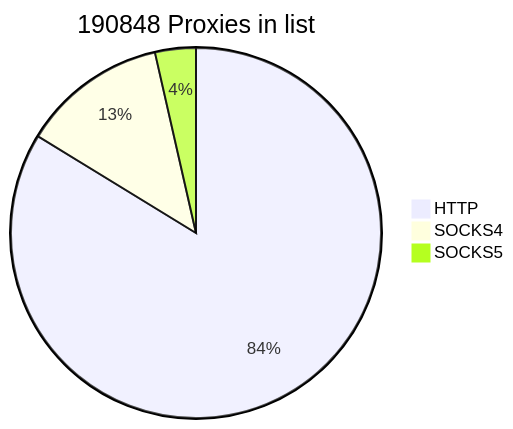
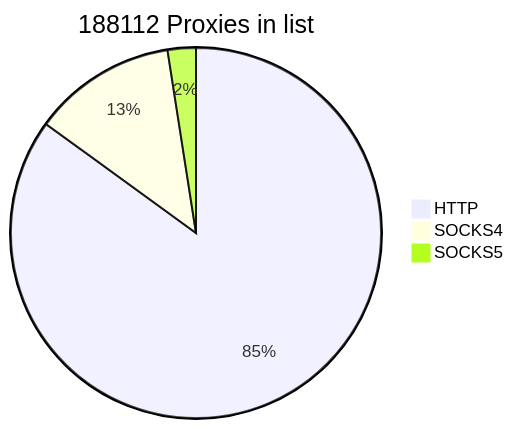
One commit to cutipu/proxylist changed the first of 2 diagrams in README.md. Above: the diagram before and after it, drawn with Mermaid. The commit also changed other lines of this file, not shown here.

````diff
--- a/README.md
+++ b/README.md
@@ -2,7 +2,7 @@
 ```mermaid
-pie title 190848 Proxies in list
-    "HTTP" : 159816
-    "SOCKS4" : 24238
-    "SOCKS5" : 6794
+pie title 188112 Proxies in list
+    "HTTP" : 159882
+    "SOCKS4" : 23595
+    "SOCKS5" : 4635
             
 ```
````
